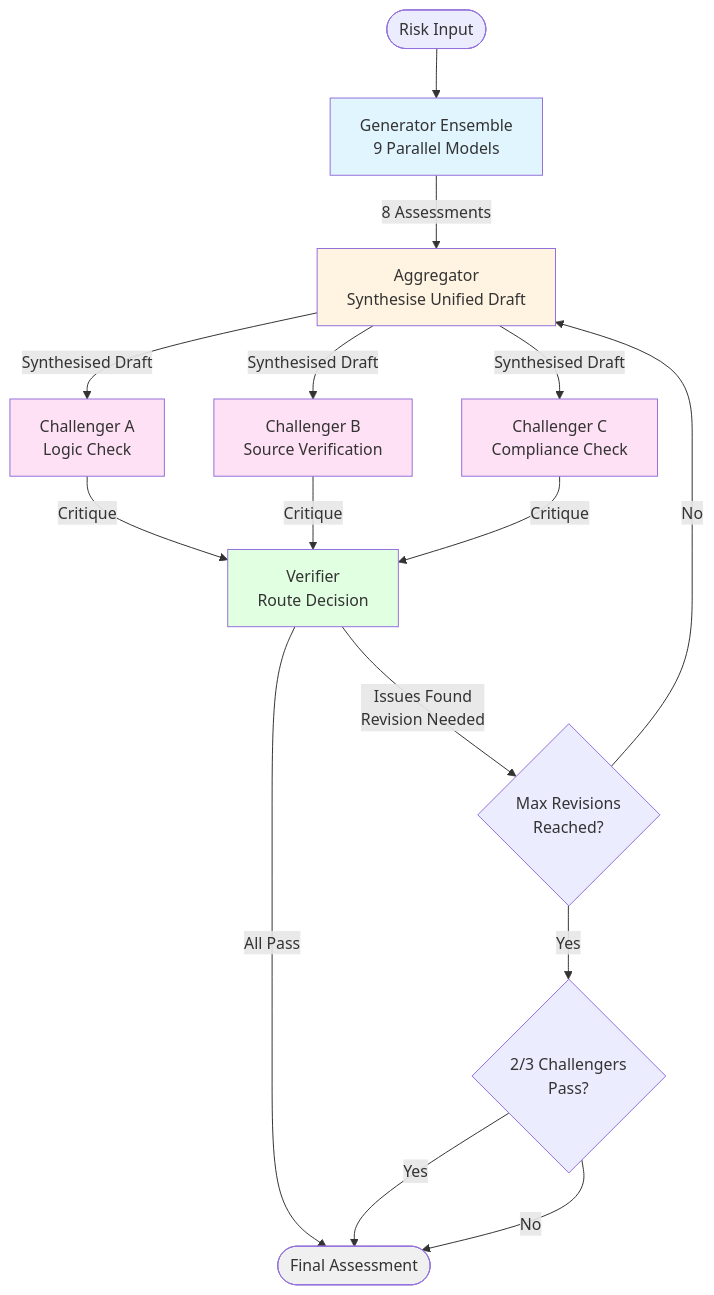
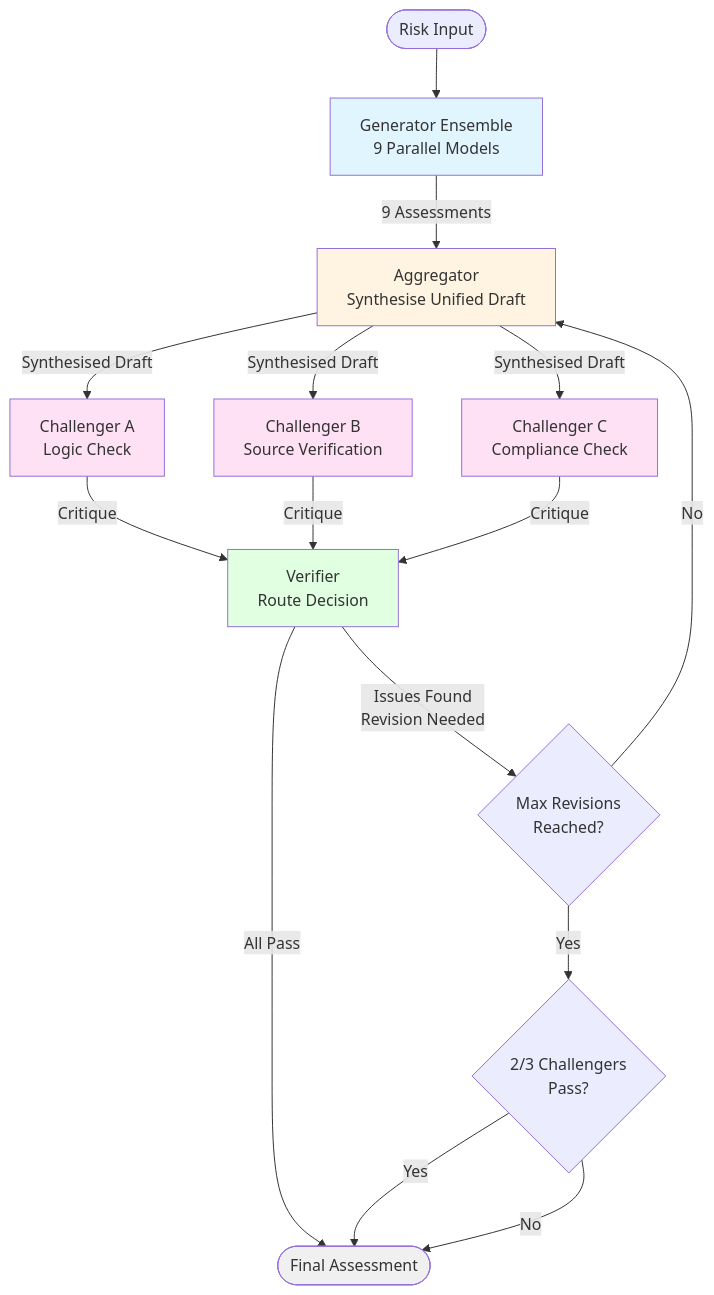
One commit to Brishian427/IOT-risk-assessment-mas changed the first of 2 diagrams in README.md. Above: the diagram before and after it, drawn with Mermaid. The commit also changed other lines of this file and 1 other file, not shown here.

Commit message:
Replace Gemini with Claude 3 Haiku: Restore 9-model ensemble

````diff
--- a/README.md
+++ b/README.md
@@ -58,31 +58,31 @@
 ```mermaid
 graph TD
     Start([Risk Input]) --> GenEnsemble[Generator Ensemble<br/>9 Parallel Models]
     
-    GenEnsemble --> |8 Assessments| Aggregator[Aggregator<br/>Synthesise Unified Draft]
+    GenEnsemble --> |9 Assessments| Aggregator[Aggregator<br/>Synthesise Unified Draft]
     
     Aggregator --> |Synthesised Draft| ChallengerA[Challenger A<br/>Logic Check]
     Aggregator --> |Synthesised Draft| ChallengerB[Challenger B<br/>Source Verification]
     Aggregator --> |Synthesised Draft| ChallengerC[Challenger C<br/>Compliance Check]
     
     ChallengerA --> |Critique| Verifier[Verifier<br/>Route Decision]
     ChallengerB --> |Critique| Verifier
     ChallengerC --> |Critique| Verifier
     
     Verifier --> |All Pass| End([Final Assessment])
     Verifier --> |Issues Found<br/>Revision Needed| RevisionCheck{Max Revisions<br/>Reached?}
     
     RevisionCheck --> |No| Aggregator
     RevisionCheck --> |Yes| GracefulCheck{2/3 Challengers<br/>Pass?}
     
     GracefulCheck --> |Yes| End
     GracefulCheck --> |No| End
     
     style GenEnsemble fill:#e1f5ff
     style Aggregator fill:#fff4e1
     style ChallengerA fill:#ffe1f5
     style ChallengerB fill:#ffe1f5
     style ChallengerC fill:#ffe1f5
     style Verifier fill:#e1ffe1
     style End fill:#f0f0f0
 ```
````
